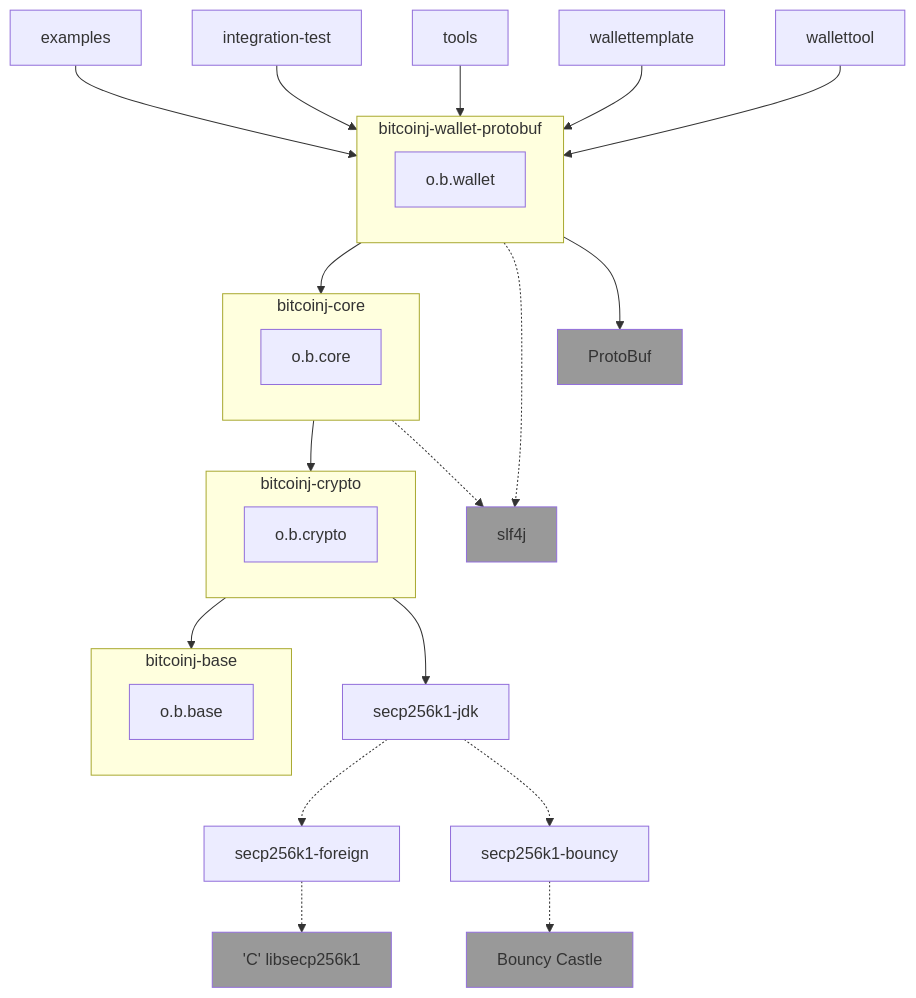
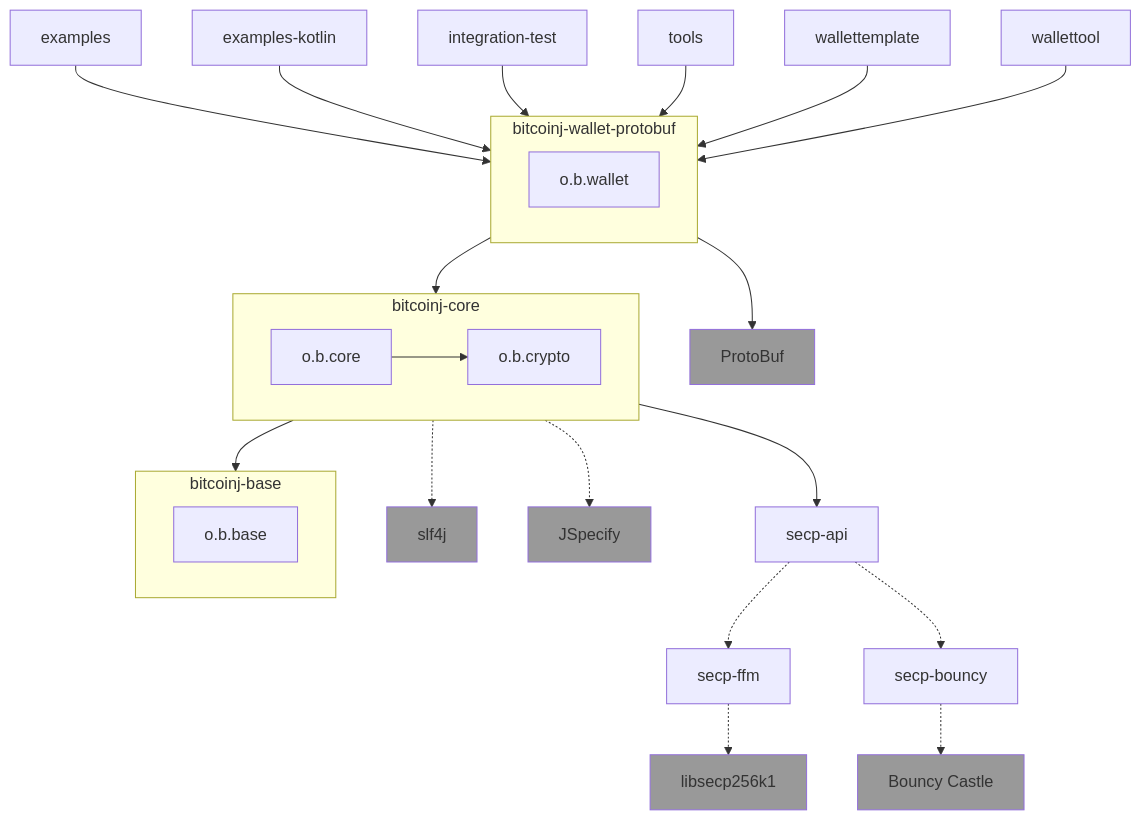
Before and after one commit to bitcoinj/bitcoinj: the fourth of 4 diagrams in designdocs/modular-architecture.md, drawn with Mermaid. The commit also changed other lines of this file, not shown here.

First line of the commit message:
modular-architecture.md: Update for planned 0.18 release

`````diff
--- a/designdocs/modular-architecture.md
+++ b/designdocs/modular-architecture.md
@@ -108,34 +110,31 @@
 ````mermaid
 flowchart TD
     E[examples] --> WALLET
+    EK[examples-kotlin] --> WALLET
     IT[integration-test] --> WALLET
     T[tools] --> WALLET
     FX[wallettemplate] --> WALLET
     WT[wallettool] --> WALLET
     subgraph WALLET [bitcoinj-wallet-protobuf]
         W[o.b.wallet]
     end
     WALLET --> CORE
-    WALLET .-> S[slf4j]
     WALLET --> P[ProtoBuf]
     subgraph CORE [bitcoinj-core]
-        CO[o.b.core]
+        CO[o.b.core] --> CR[o.b.crypto]
     end
-    CORE --> CRYPTO
+    CORE --> BASE
     CORE .-> S[slf4j]
-    subgraph CRYPTO [bitcoinj-crypto]
-        CR[o.b.crypto]
-    end
-    CRYPTO --> BASE
-    CRYPTO --> SECP256K1
-    SECP256K1[secp256k1-jdk] .-> SECPFFM[secp256k1-foreign]
-    SECP256K1[secp256k1-jdk] .-> SECPBOUNCY[secp256k1-bouncy]
+    CORE .-> JS[JSpecify]
+    CORE --> SECP
+    SECP[secp-api] .-> SECPFFM[secp-ffm]
+    SECP .-> SECPBOUNCY[secp-bouncy]
     SECPBOUNCY .-> BC[Bouncy Castle]
-    SECPFFM .-> LP['C' libsecp256k1]
+    SECPFFM .-> LP[libsecp256k1]
     subgraph BASE [bitcoinj-base]
         B[o.b.base]
     end
 
 classDef external fill:#999;
-class G,S,A,BC,LP,P external;
+class G,S,JS,BC,LP,P external;
 ````
`````
